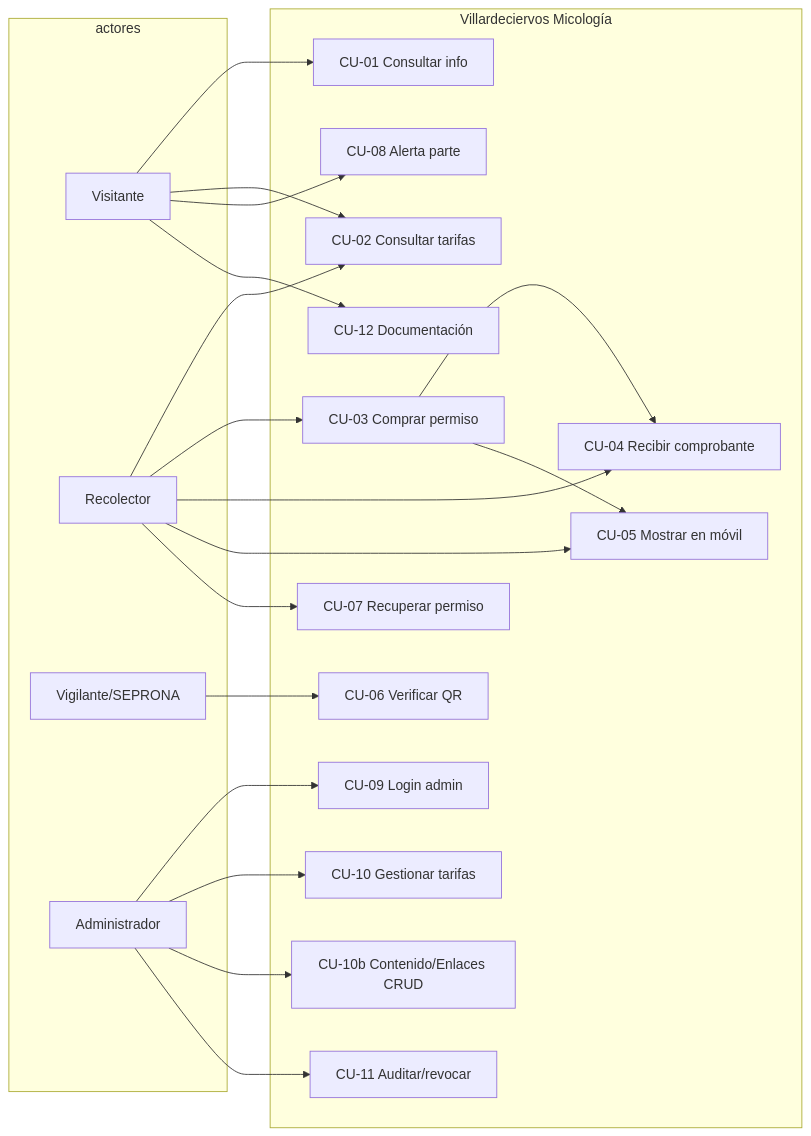
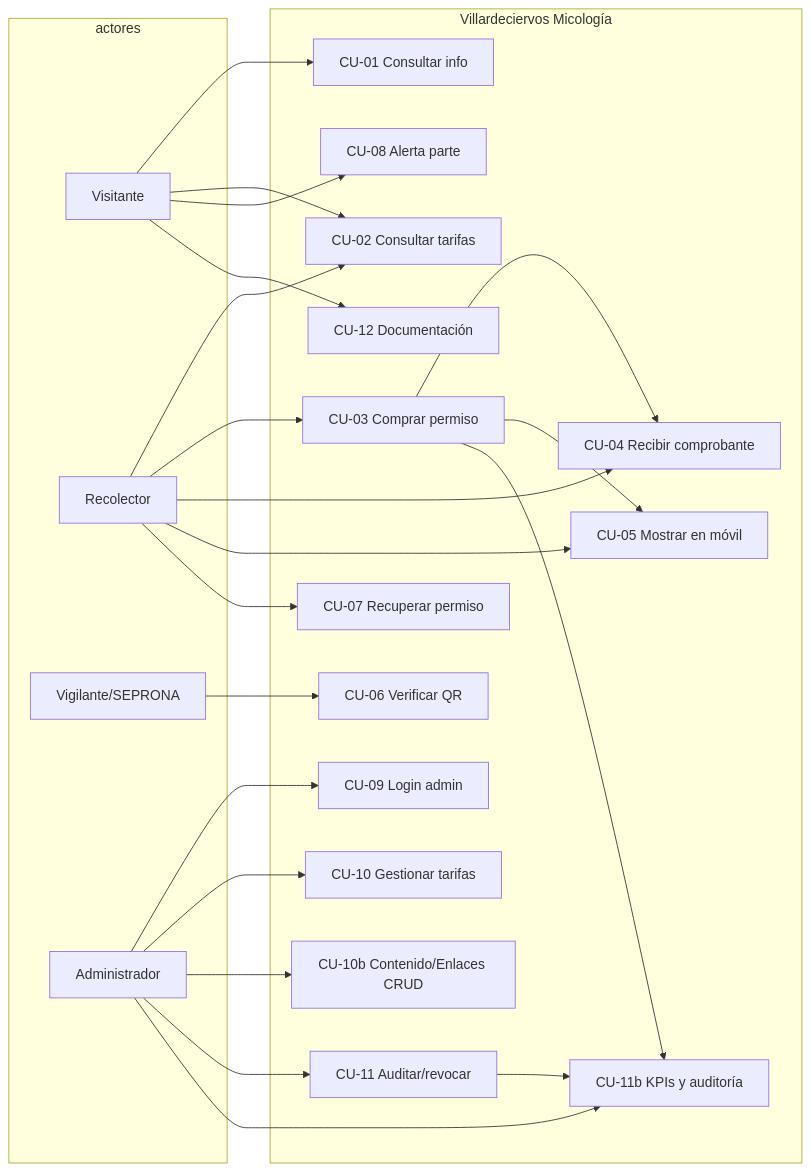
The diagram in docs/casos-de-uso.md (gracobjo/cotoSetas), drawn with Mermaid before and after one commit. The commit also changed other lines of this file and 18 other files, not shown here.

Commit message:
Añade dashboard de KPIs/auditoría y documenta el sistema v1.2.

````diff
--- a/docs/casos-de-uso.md
+++ b/docs/casos-de-uso.md
@@ -91,42 +115,46 @@
 ```mermaid
 flowchart LR
   subgraph actores
     V[Visitante]
     R[Recolector]
     Vig[Vigilante/SEPRONA]
     A[Administrador]
   end
 
   subgraph sistema[Villardeciervos Micología]
     CU01[CU-01 Consultar info]
     CU02[CU-02 Consultar tarifas]
     CU03[CU-03 Comprar permiso]
     CU04[CU-04 Recibir comprobante]
     CU05[CU-05 Mostrar en móvil]
     CU06[CU-06 Verificar QR]
     CU07[CU-07 Recuperar permiso]
     CU08[CU-08 Alerta parte]
     CU09[CU-09 Login admin]
     CU10[CU-10 Gestionar tarifas]
     CU10b[CU-10b Contenido/Enlaces CRUD]
     CU11[CU-11 Auditar/revocar]
+    CU11b[CU-11b KPIs y auditoría]
     CU12[CU-12 Documentación]
   end
 
   V --> CU01
   V --> CU02
   V --> CU08
   V --> CU12
   R --> CU02
   R --> CU03
   R --> CU04
   R --> CU05
   R --> CU07
   Vig --> CU06
   A --> CU09
   A --> CU10
   A --> CU10b
   A --> CU11
+  A --> CU11b
   CU03 --> CU04
   CU03 --> CU05
+  CU03 --> CU11b
+  CU11 --> CU11b
 ```
````
